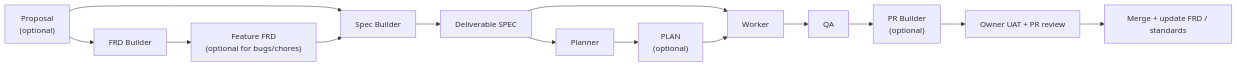
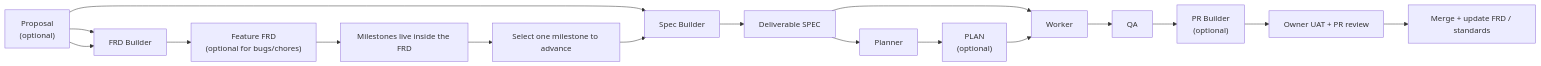
The third of 3 diagrams in zazz-framework.md (zazzcode/zazz-skills), drawn with Mermaid before and after one commit. The commit also changed other lines of this file, not shown here.

Commit message:
Clarify FRD milestone planning model

````diff
--- a/zazz-framework.md
+++ b/zazz-framework.md
@@ -664,16 +676,19 @@
 ```mermaid
 flowchart LR
-    P["Proposal\n(optional)"] --> SB["Spec Builder"]
-    FB["FRD Builder"] --> F["Feature FRD\n(optional for bugs/chores)"]
+    P["Proposal\n(optional)"] --> FB["FRD Builder"]
+    P --> SB["Spec Builder"]
+    FB --> F["Feature FRD\n(optional for bugs/chores)"]
+    F --> M["Milestones live inside the FRD"]
+    M --> SM["Select one milestone to advance"]
+    SM --> SB
     P --> FB
-    F --> SB
     SB --> SPEC["Deliverable SPEC"]
     SPEC --> PL["Planner"]
     PL --> PLAN["PLAN\n(optional)"]
     SPEC --> W["Worker"]
     PLAN --> W
     W --> QA["QA"]
     QA --> PR["PR Builder\n(optional)"]
     PR --> G["Owner UAT + PR review"]
     G --> U["Merge + update FRD / standards"]
 ```
````
